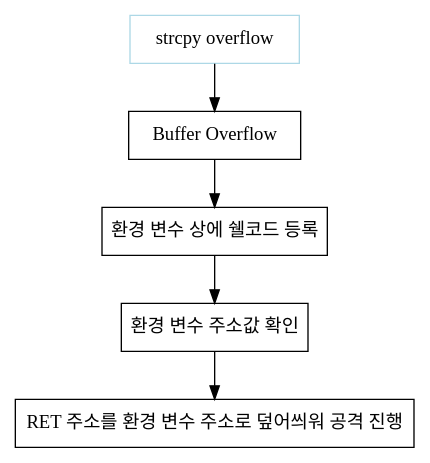
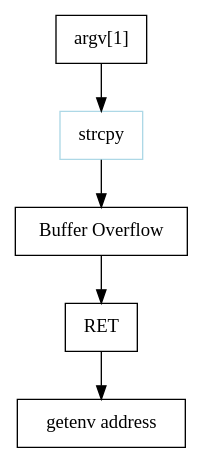
The diagram in docs/wargame/pwnable/lob2.rst (joizel/ctf_writeup), drawn with Graphviz before and after one commit. The commit also changed 3 other files, not shown here.

```diff
--- a/docs/wargame/pwnable/lob2.rst
+++ b/docs/wargame/pwnable/lob2.rst
@@ -6,11 +6,11 @@
 .. graphviz::
 
     digraph foo {
         a -> b -> c -> d -> e;
 
-        a [shape=box, color=lightblue, label="strcpy overflow"];
-        b [shape=box, label="Buffer Overflow"];
-        c [shape=box, label="환경 변수 상에 쉘코드 등록"];
-        d [shape=box, label="환경 변수 주소값 확인"];
-        e [shape=box, label="RET 주소를 환경 변수 주소로 덮어씌워 공격 진행"];
+        a [shape=box, label="argv[1]"];
+        b [shape=box, color=lightblue, label="strcpy"];
+        c [shape=box, label="Buffer Overflow"];
+        d [shape=box, label="RET"];
+        e [shape=box, label="getenv address"];
     }
```
